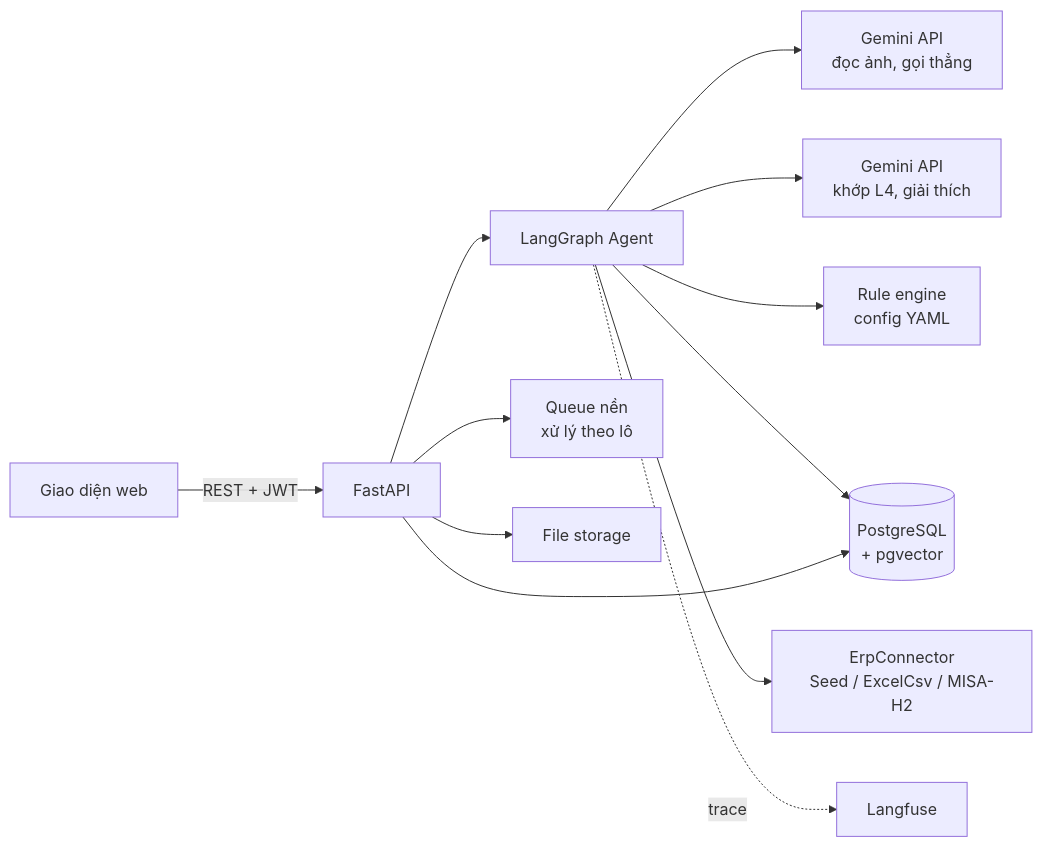
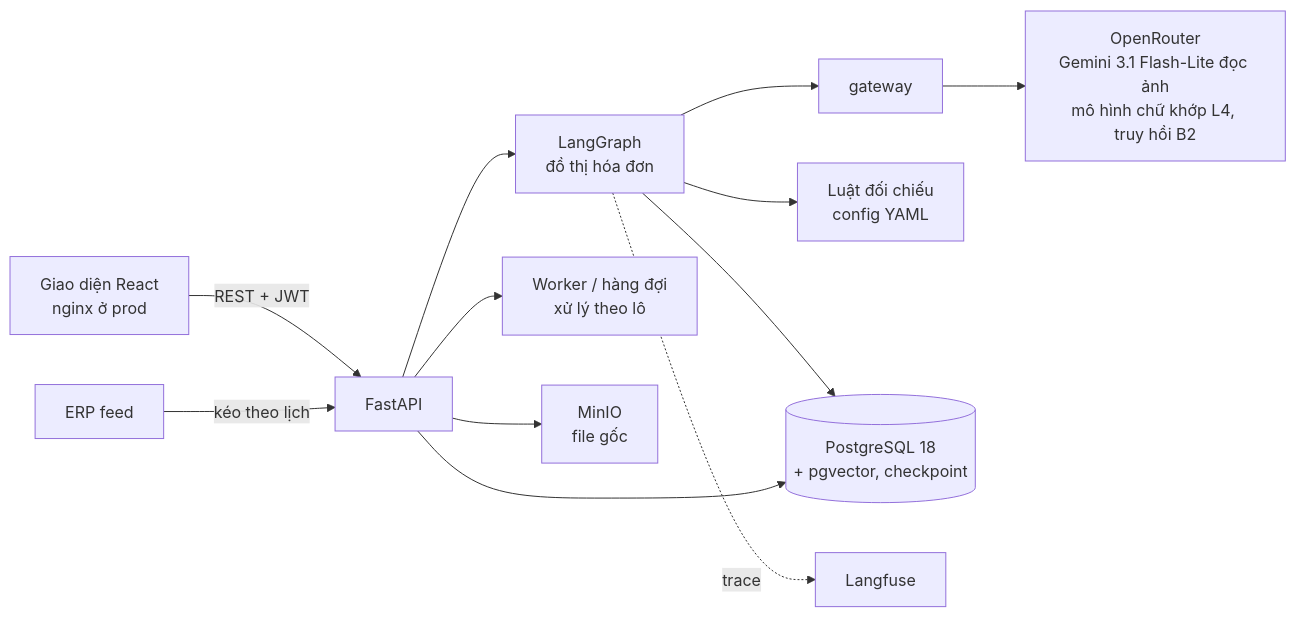
The second of 2 diagrams in docs/BRIEF_v3.md (kamitoznguyen-collab/Fantastic4-BuildPhase), drawn with Mermaid before and after one commit. The commit also changed other lines of this file and 2 other files, not shown here.

````diff
--- a/docs/BRIEF_v3.md
+++ b/docs/BRIEF_v3.md
@@ -192,14 +194,14 @@
 ```mermaid
 graph LR
-    UI[Giao diện web] -->|REST + JWT| API[FastAPI]
-    API --> G[LangGraph Agent]
-    API --> Q[Queue nền<br/>xử lý theo lô]
-    G --> OCR[Gemini API<br/>đọc ảnh, gọi thẳng]
-    G --> LLM[Gemini API<br/>khớp L4, giải thích]
-    G --> R[Rule engine<br/>config YAML]
-    G --> DB[(PostgreSQL<br/>+ pgvector)]
-    G --> CN[ErpConnector<br/>Seed / ExcelCsv / MISA-H2]
+    UI[Giao diện React<br/>nginx ở prod] -->|REST + JWT| API[FastAPI]
+    API --> G[LangGraph<br/>đồ thị hóa đơn]
+    API --> W[Worker / hàng đợi<br/>xử lý theo lô]
+    G --> GW[gateway]
+    GW --> OR[OpenRouter<br/>Gemini 3.1 Flash-Lite đọc ảnh<br/>mô hình chữ khớp L4, truy hồi B2]
+    G --> R[Luật đối chiếu<br/>config YAML]
+    G --> DB[(PostgreSQL 18<br/>+ pgvector, checkpoint)]
+    ERP[ERP feed] -->|kéo theo lịch| API
     API --> DB
-    API --> FS[File storage]
+    API --> S3[MinIO<br/>file gốc]
     G -.trace.-> LS[Langfuse]
 ```
````
